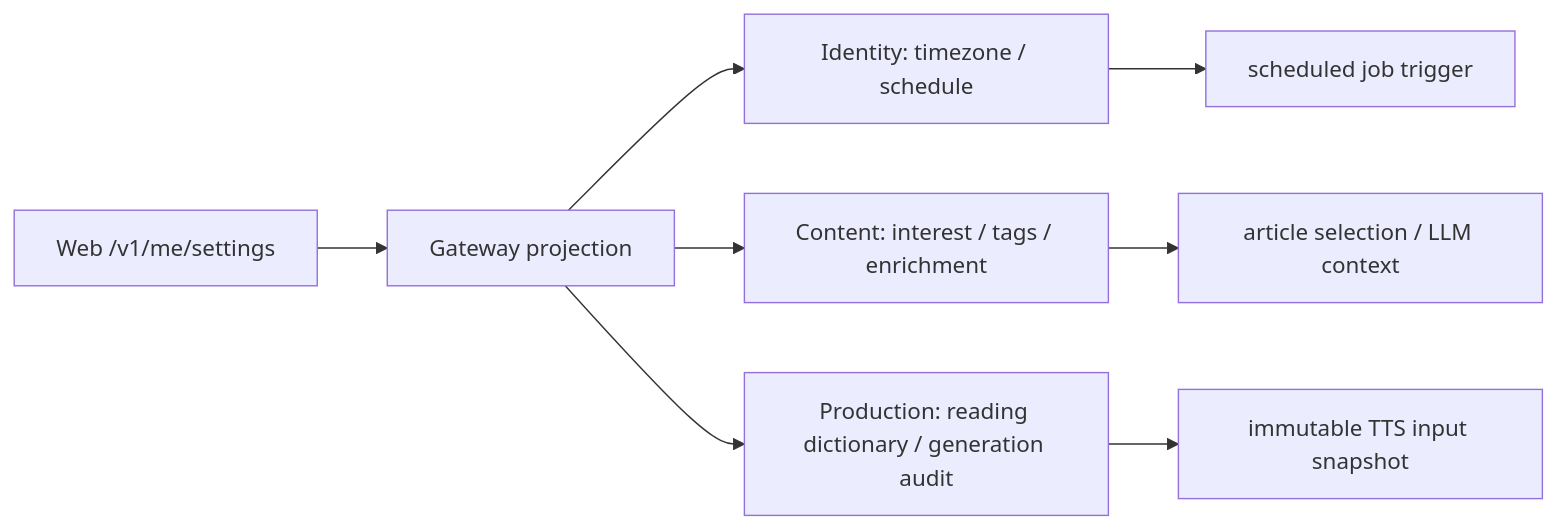
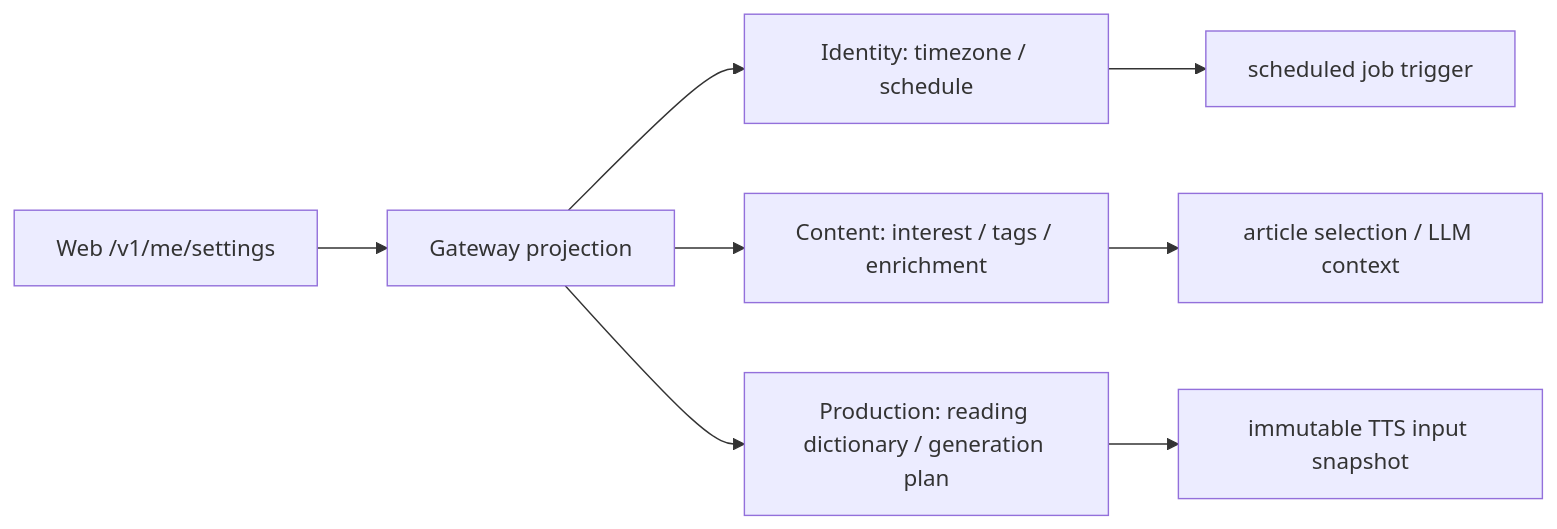
One commit to r4ai/news-podcast changed the diagram in docs/adr/0037-own-personalization-by-behavior-context.md. Above: the diagram before and after it, drawn with Mermaid. The commit also changed other lines of this file and 189 other files, not shown here.

````diff
--- a/docs/adr/0037-own-personalization-by-behavior-context.md
+++ b/docs/adr/0037-own-personalization-by-behavior-context.md
@@ -18,10 +18,10 @@
 ```mermaid
 flowchart LR
   W["Web /v1/me/settings"] --> G["Gateway projection"]
   G --> I["Identity: timezone / schedule"]
   G --> C["Content: interest / tags / enrichment"]
-  G --> P["Production: reading dictionary / generation audit"]
+  G --> P["Production: reading dictionary / generation plan"]
   I --> S["scheduled job trigger"]
   C --> L["article selection / LLM context"]
   P --> T["immutable TTS input snapshot"]
 ```
````
